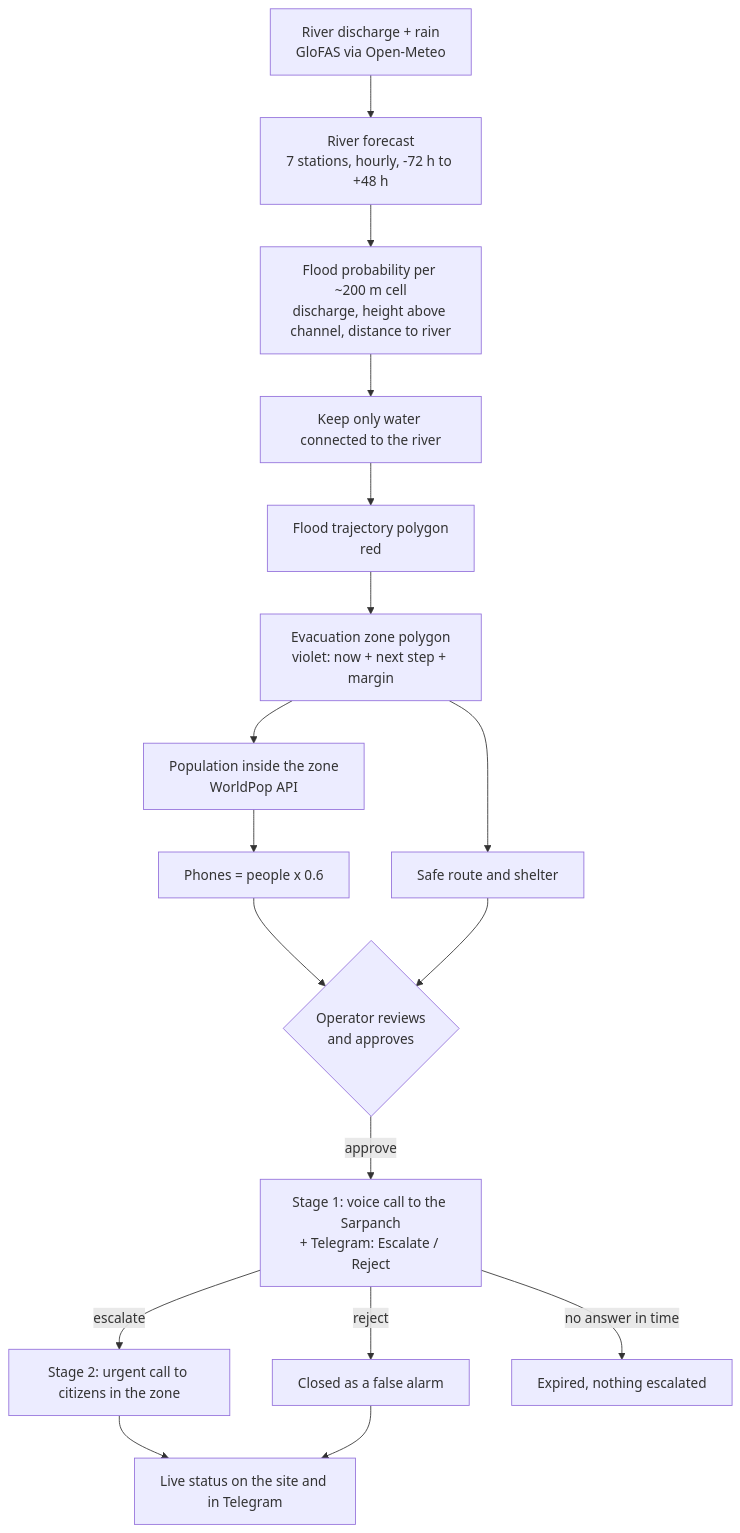
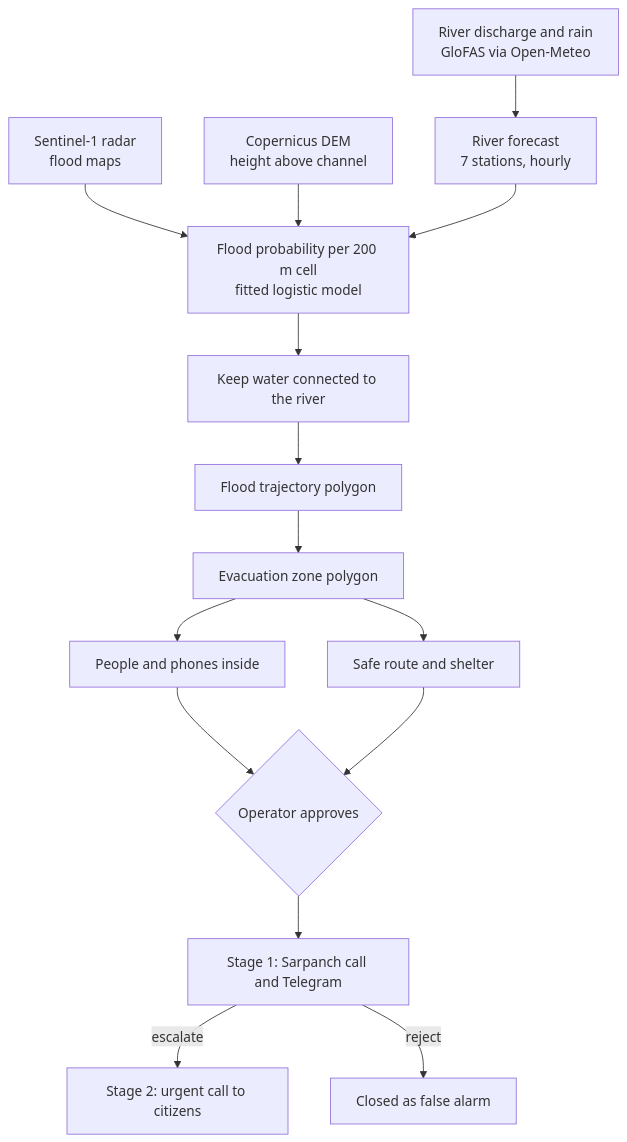
The first of 4 diagrams in README.md (Piyush5525/JalNetra), drawn with Mermaid before and after one commit. The commit also changed other lines of this file and 1 other file, not shown here.

Commit message:
README: Sentinel-1/2 integration, backend, model code, run guide, four flowcharts

````diff
--- a/README.md
+++ b/README.md
@@ -49,19 +50,17 @@
 ```mermaid
 flowchart TD
-  A[River discharge + rain<br/>GloFAS via Open-Meteo] --> B[River forecast<br/>7 stations, hourly, -72 h to +48 h]
-  B --> C[Flood probability per ~200 m cell<br/>discharge, height above channel, distance to river]
-  C --> D[Keep only water connected to the river]
-  D --> E[Flood trajectory polygon<br/>red]
-  E --> F[Evacuation zone polygon<br/>violet: now + next step + margin]
-  F --> G[Population inside the zone<br/>WorldPop API]
-  G --> H[Phones = people x 0.6]
+  A[River discharge and rain<br/>GloFAS via Open-Meteo] --> B[River forecast<br/>7 stations, hourly]
+  S1[Sentinel-1 radar<br/>flood maps] --> C
+  DEM[Copernicus DEM<br/>height above channel] --> C
+  B --> C[Flood probability per 200 m cell<br/>fitted logistic model]
+  C --> D[Keep water connected to the river]
+  D --> E[Flood trajectory polygon]
+  E --> F[Evacuation zone polygon]
+  F --> G[People and phones inside]
   F --> I[Safe route and shelter]
-  H --> J{Operator reviews<br/>and approves}
+  G --> J{Operator approves}
   I --> J
-  J -- approve --> K[Stage 1: voice call to the Sarpanch<br/>+ Telegram: Escalate / Reject]
-  K -- escalate --> L[Stage 2: urgent call to citizens in the zone]
-  K -- reject --> M[Closed as a false alarm]
-  K -- no answer in time --> N[Expired, nothing escalated]
-  L --> O[Live status on the site and in Telegram]
-  M --> O
+  J --> K[Stage 1: Sarpanch call and Telegram]
+  K -- escalate --> L[Stage 2: urgent call to citizens]
+  K -- reject --> M[Closed as false alarm]
 ```
````
